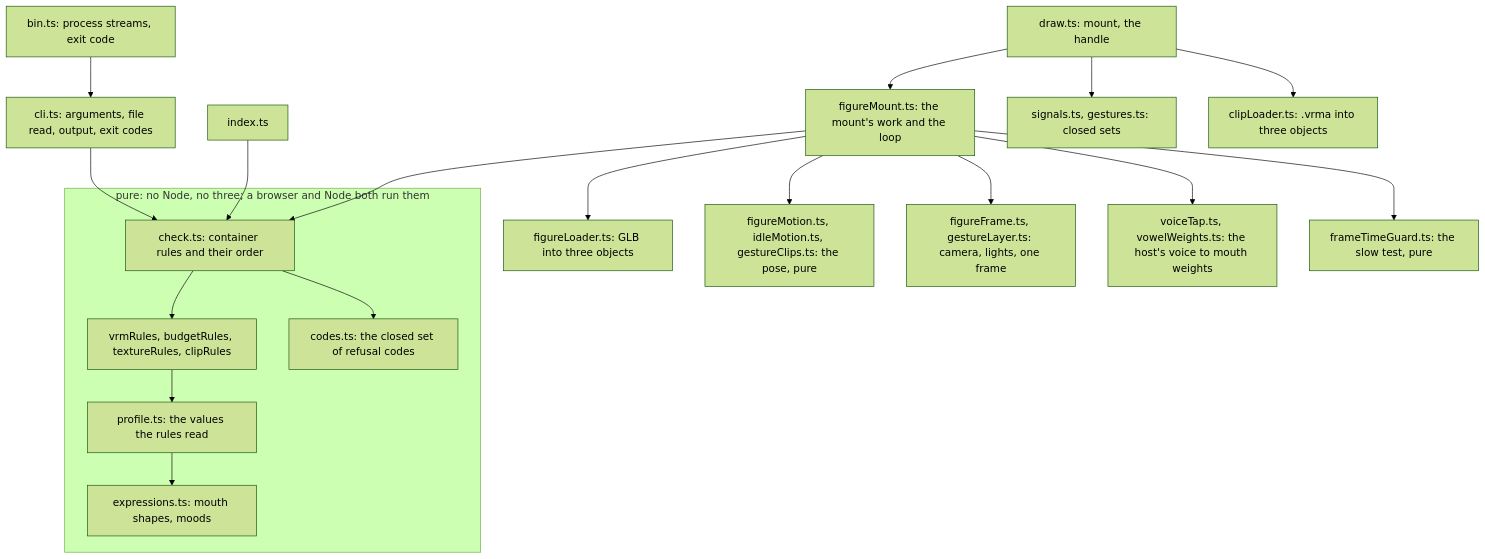
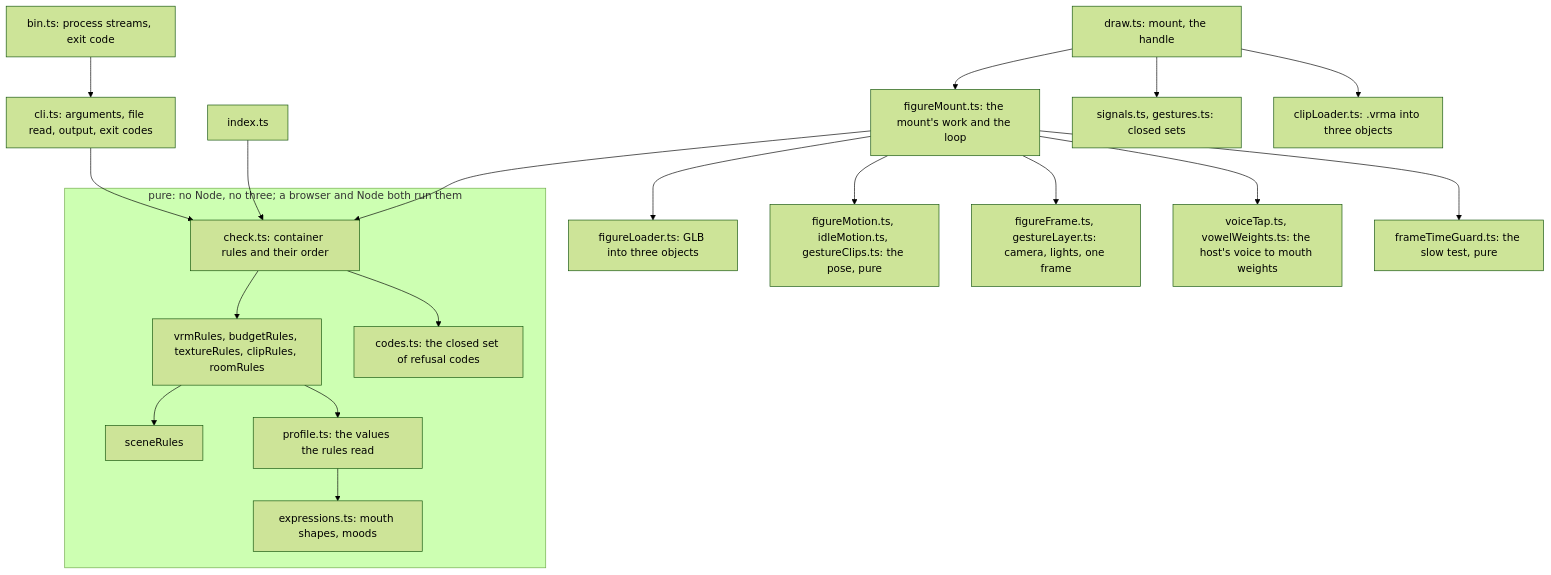
Before and after one commit to overnightworks/figure: the second of 4 diagrams in docs/ARCHITECTURE.md, drawn with Mermaid (forest theme). The commit also changed other lines of this file and 29 other files, not shown here.

First line of the commit message:
figure check --as room and checkRoom (M10) (#94)

````diff
--- a/docs/ARCHITECTURE.md
+++ b/docs/ARCHITECTURE.md
@@ -22,19 +22,19 @@
 ```mermaid
 flowchart TD
     bin["bin.ts: process streams, exit code"] --> cli["cli.ts: arguments, file read, output, exit codes"]
     cli --> check
     subgraph pure["pure: no Node, no three; a browser and Node both run them"]
-        check["check.ts: container rules and their order"] --> rules["vrmRules, budgetRules, textureRules, clipRules"]
+        check["check.ts: container rules and their order"] --> rules["vrmRules, budgetRules, textureRules, clipRules, roomRules"] --> scene["sceneRules"]
         rules --> profile["profile.ts: the values the rules read"] --> expressions["expressions.ts: mouth shapes, moods"]
         check --> codes["codes.ts: the closed set of refusal codes"]
     end
     index["index.ts"] --> check
     draw["draw.ts: mount, the handle"] --> figureMount["figureMount.ts: the mount's work and the loop"]
     figureMount --> check
     figureMount --> loaders["figureLoader.ts: GLB into three objects"]
     figureMount --> motion["figureMotion.ts, idleMotion.ts, gestureClips.ts: the pose, pure"]
     figureMount --> frame["figureFrame.ts, gestureLayer.ts: camera, lights, one frame"]
     figureMount --> voice["voiceTap.ts, vowelWeights.ts: the host's voice to mouth weights"]
     figureMount --> guard["frameTimeGuard.ts: the slow test, pure"]
     draw --> signals["signals.ts, gestures.ts: closed sets"] & clipLoader["clipLoader.ts: .vrma into three objects"]
 ```
````
